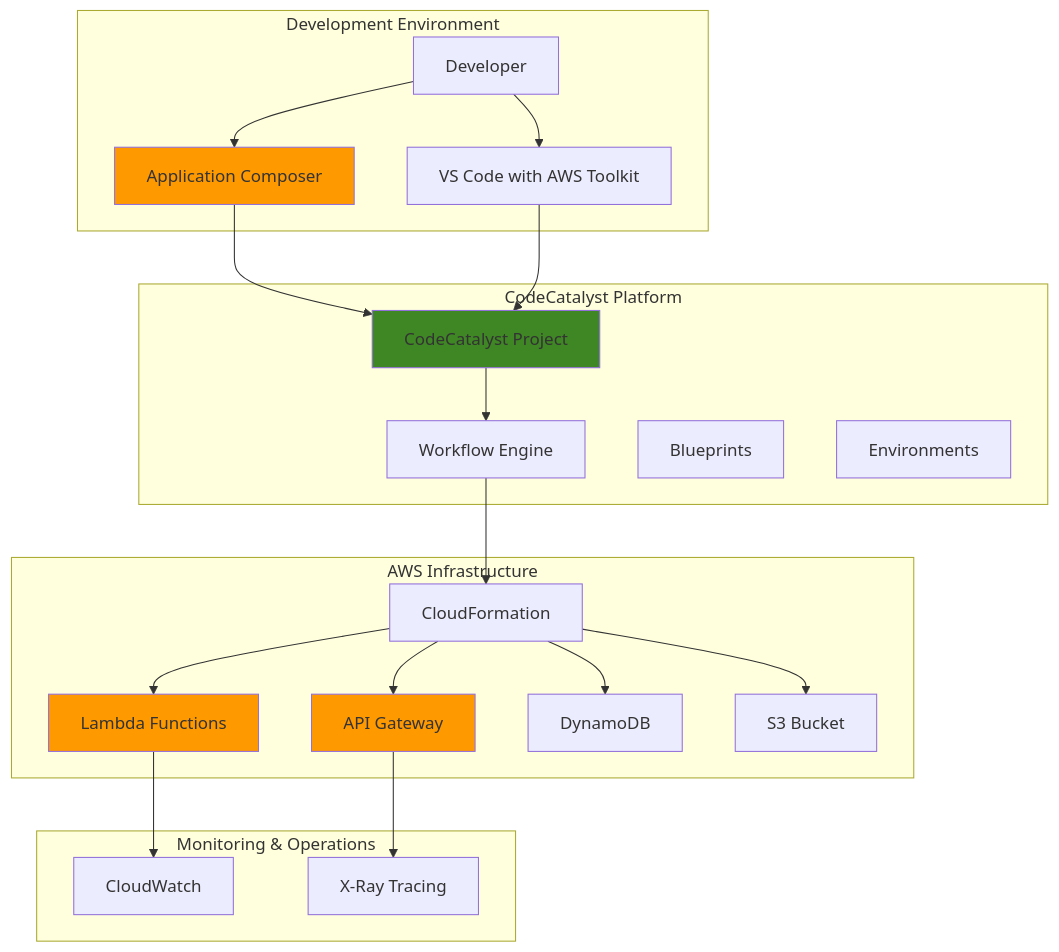
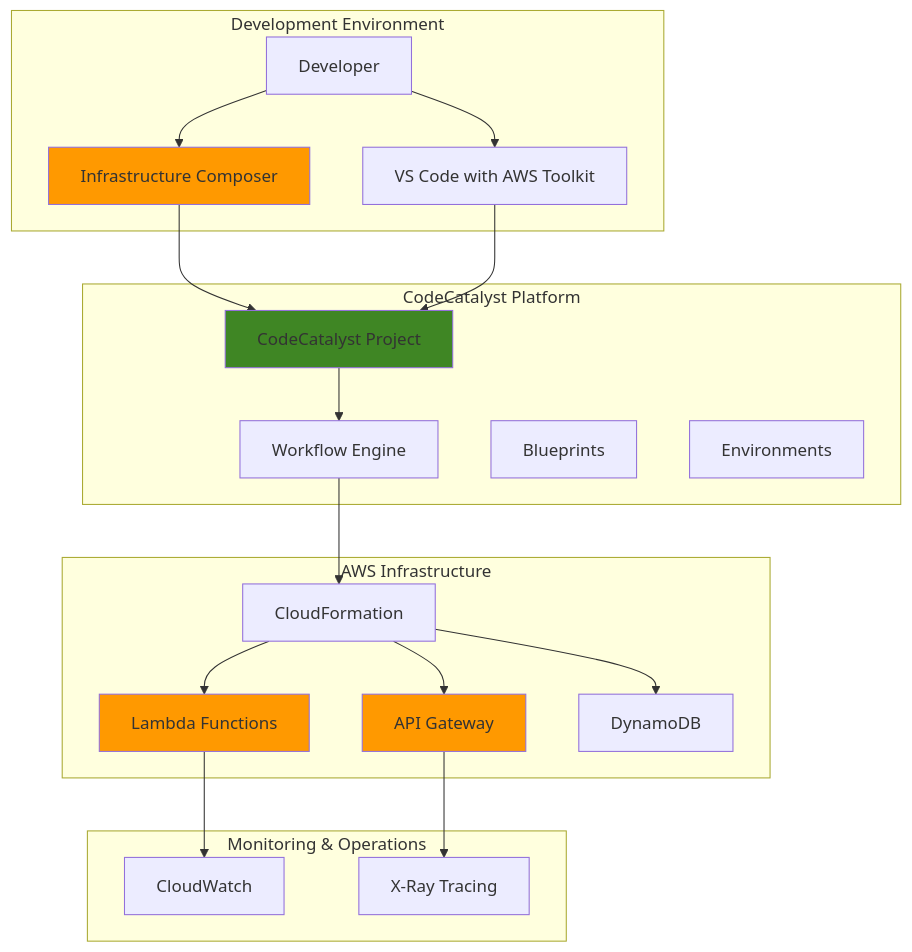
Before and after one commit to mzazon/awesome-cloud-projects: the diagram in aws/visual-serverless-apps-composer/visual-serverless-apps-composer.md, drawn with Mermaid. The commit also changed other lines of this file and 5581 other files, not shown here.

````diff
--- a/aws/visual-serverless-apps-composer/visual-serverless-apps-composer.md
+++ b/aws/visual-serverless-apps-composer/visual-serverless-apps-composer.md
@@ -30,46 +30,44 @@
 ```mermaid
 graph TB
     subgraph "Development Environment"
         DEV[Developer]
-        AC[Application Composer]
+        AC[Infrastructure Composer]
         VS[VS Code with AWS Toolkit]
     end
     
     subgraph "CodeCatalyst Platform"
         CC[CodeCatalyst Project]
         WF[Workflow Engine]
         BP[Blueprints]
         ENV[Environments]
     end
     
     subgraph "AWS Infrastructure"
         CF[CloudFormation]
         LAMBDA[Lambda Functions]
         API[API Gateway]
         DDB[DynamoDB]
-        S3[S3 Bucket]
     end
     
     subgraph "Monitoring & Operations"
         CW[CloudWatch]
         XRAY[X-Ray Tracing]
     end
     
     DEV-->AC
     DEV-->VS
     AC-->CC
     VS-->CC
     CC-->WF
     WF-->CF
     CF-->LAMBDA
     CF-->API
     CF-->DDB
-    CF-->S3
     LAMBDA-->CW
     API-->XRAY
     
     style AC fill:#FF9900
     style CC fill:#3F8624
     style LAMBDA fill:#FF9900
     style API fill:#FF9900
 ```
````
